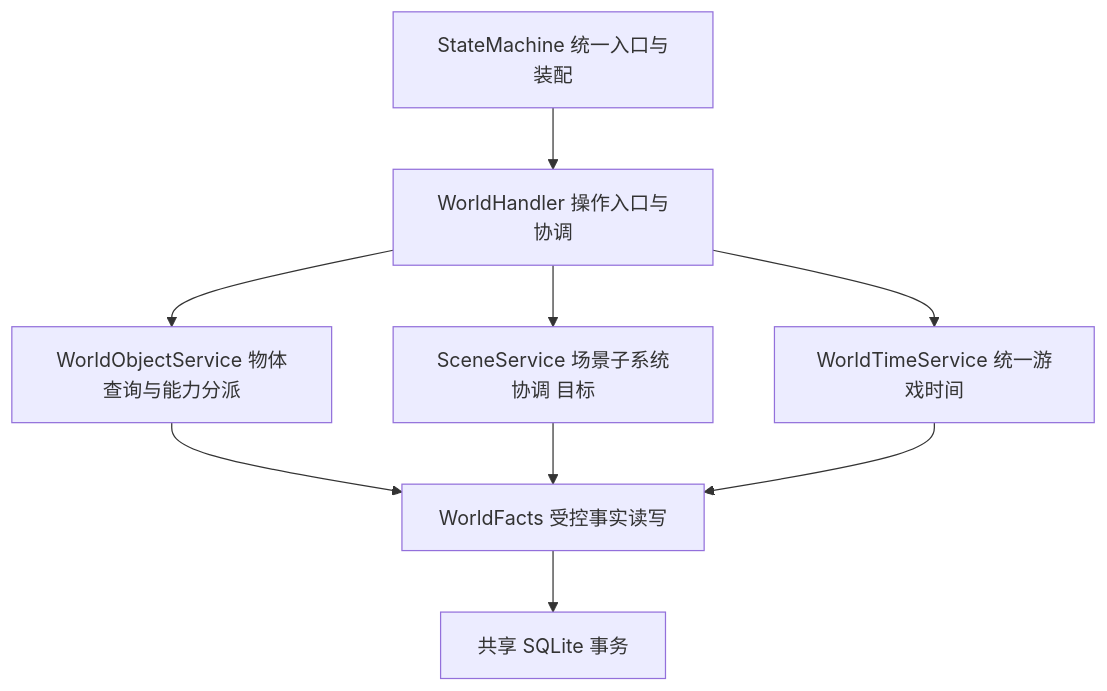
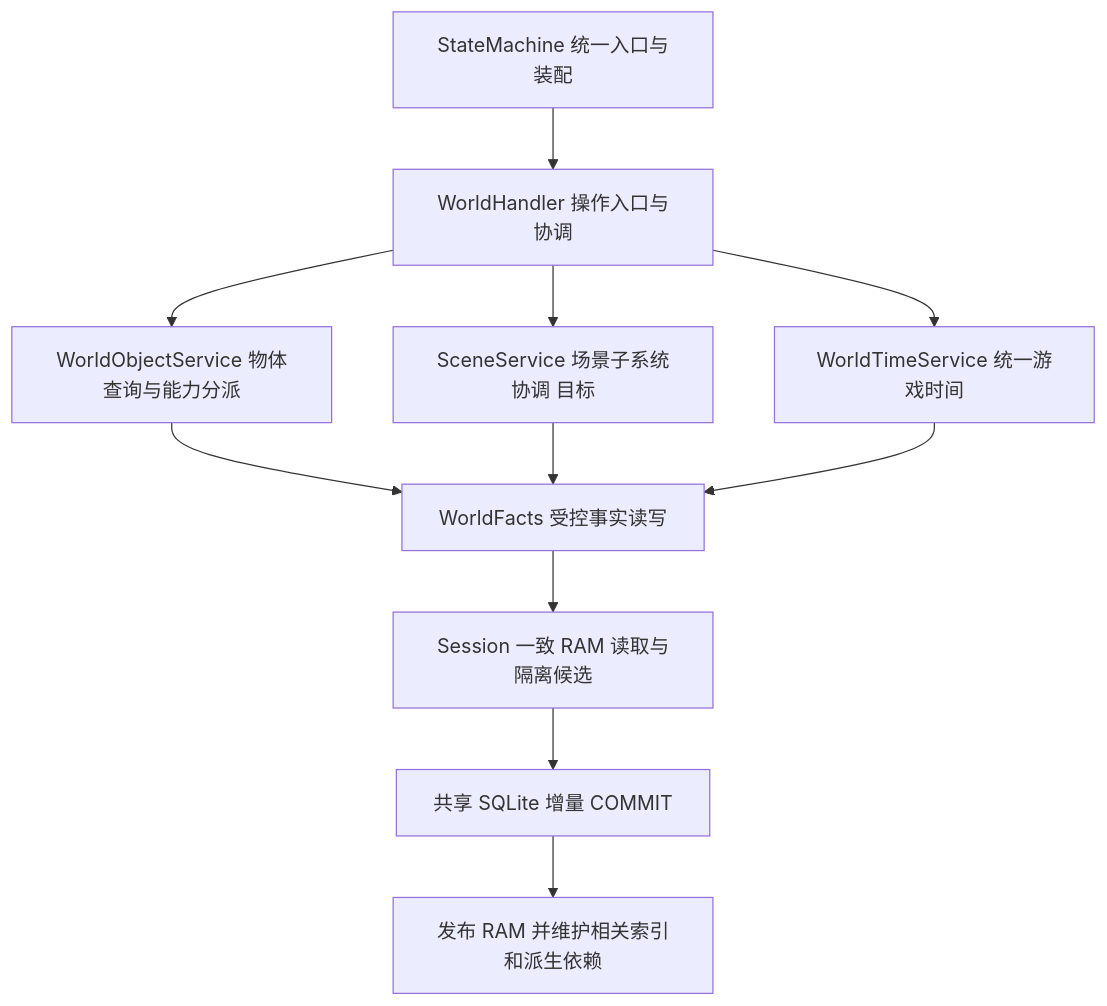
The diagram in docs/WORLD_SUBSYSTEM_DESIGN.md (agentic-trpg/agentic-trpg), drawn with Mermaid before and after one commit. The commit also changed other lines of this file and 10 other files, not shown here.

````diff
--- a/docs/WORLD_SUBSYSTEM_DESIGN.md
+++ b/docs/WORLD_SUBSYSTEM_DESIGN.md
@@ -61,11 +63,13 @@
 ```mermaid
 flowchart TD
     SM[StateMachine 统一入口与装配] --> WH[WorldHandler 操作入口与协调]
     WH --> WO[WorldObjectService 物体查询与能力分派]
     WH --> SC[SceneService 场景子系统协调 目标]
     WH --> WT[WorldTimeService 统一游戏时间]
     WO --> WF[WorldFacts 受控事实读写]
     SC --> WF
     WT --> WF
-    WF --> TX[共享 SQLite 事务]
+    WF --> RAM[Session 一致 RAM 读取与隔离候选]
+    RAM --> TX[共享 SQLite 增量 COMMIT]
+    TX --> PUB[发布 RAM 并维护相关索引和派生依赖]
 ```
````
